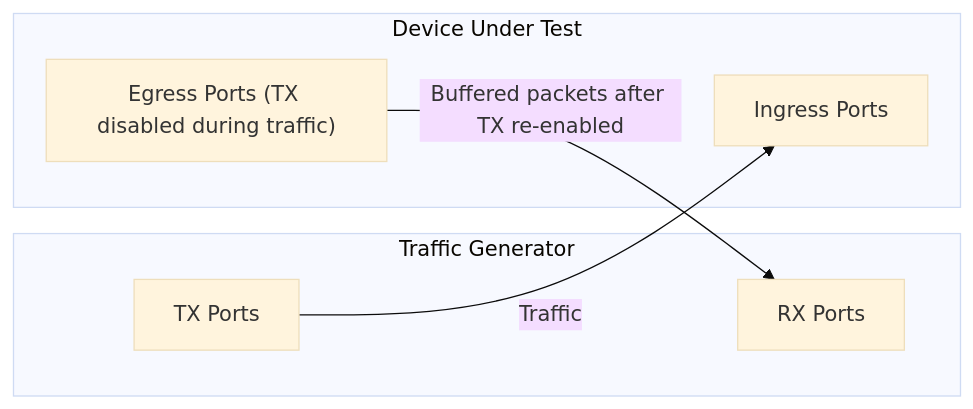
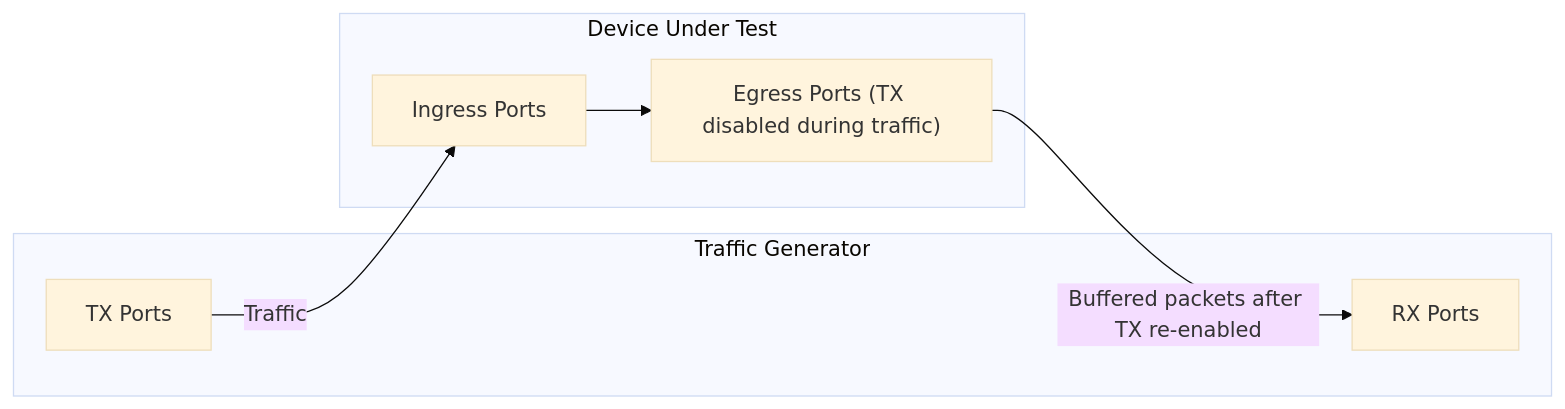
Before and after one commit to sonic-net/sonic-mgmt: the diagram in docs/testplan/snappi/switch-ecn-marking-accuracy-tests.md, drawn with Mermaid (base theme). The commit also changed 2 other files, not shown here.

Commit message:
[docs/testplan/snappi]: Connect ingress and egress ports in ECN test plan diagrams
Draw the traffic path from the ingress ports to the egress ports in
the mermaid graphs, so the diagrams show the complete traffic flow.

````diff
--- a/docs/testplan/snappi/switch-ecn-marking-accuracy-tests.md
+++ b/docs/testplan/snappi/switch-ecn-marking-accuracy-tests.md
@@ -33,15 +33,16 @@
 ```mermaid
 graph LR
     subgraph "Traffic Generator"
         TX[TX Ports]
         RX[RX Ports]
     end
 
     subgraph "Device Under Test"
         ITX[Ingress Ports]
         ERX["Egress Ports (TX disabled during traffic)"]
     end
 
     TX -->|Traffic| ITX
+    ITX --> ERX
     ERX -->|Buffered packets after TX re-enabled| RX
 ```
````
